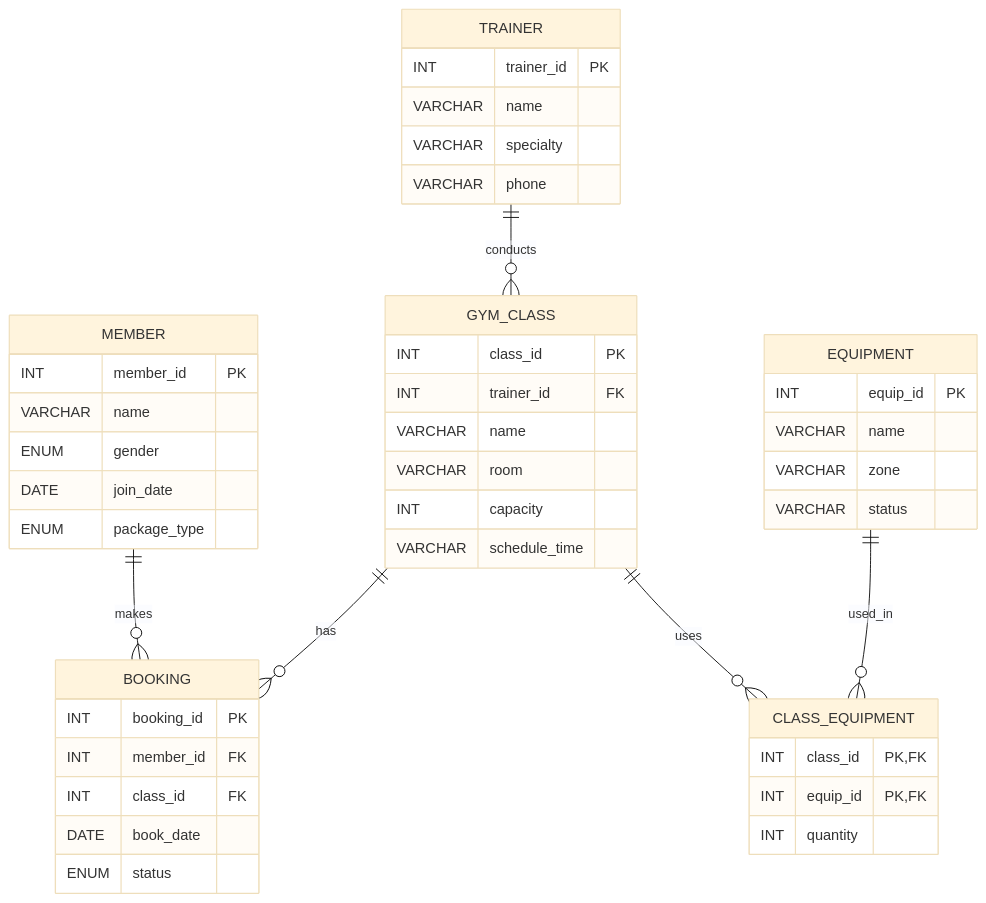
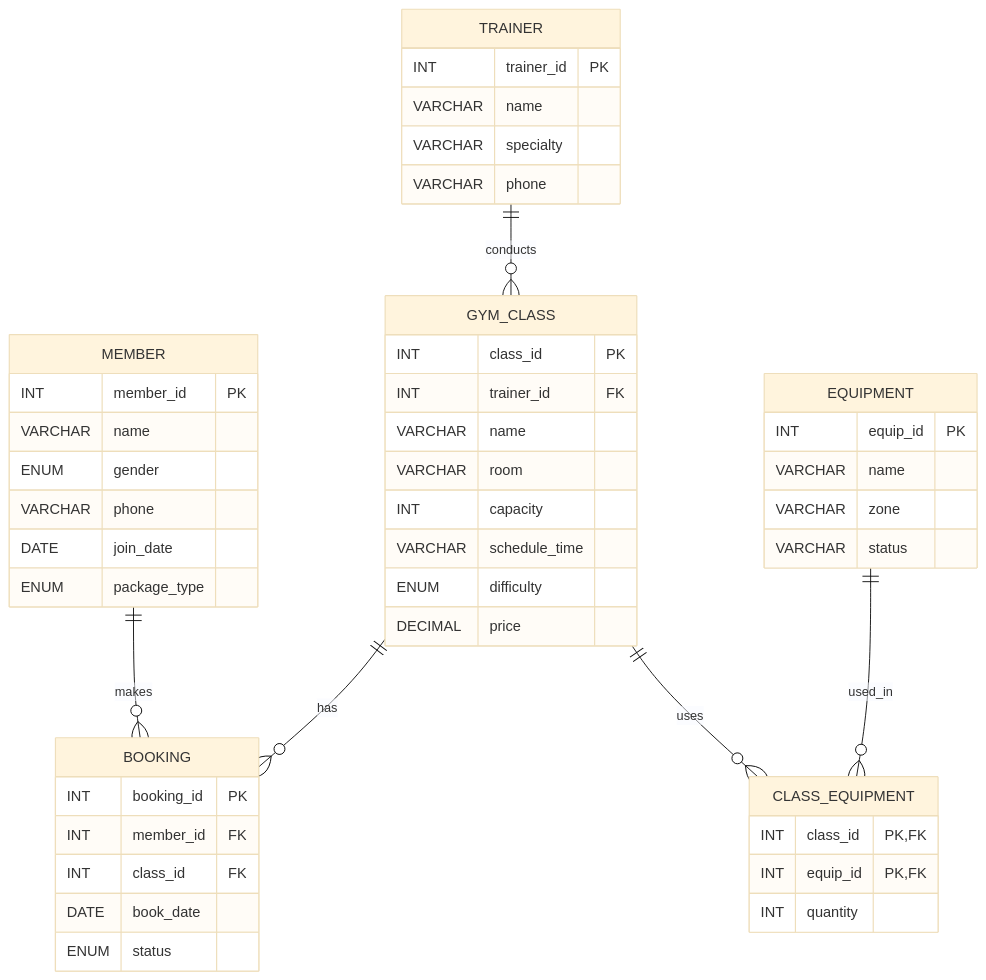
One commit to KHaw0/DB69project changed the diagram in er_diagram.md. Above: the diagram before and after it, drawn with Mermaid (base theme). The commit also changed other lines of this file and 5 other files, not shown here.

````diff
--- a/er_diagram.md
+++ b/er_diagram.md
@@ -1,53 +1,56 @@
 ```mermaid
 erDiagram
     TRAINER ||--o{ GYM_CLASS : conducts
     MEMBER ||--o{ BOOKING : makes
     GYM_CLASS ||--o{ BOOKING : has
     GYM_CLASS ||--o{ CLASS_EQUIPMENT : uses
     EQUIPMENT ||--o{ CLASS_EQUIPMENT : used_in
 
     MEMBER {
         INT member_id PK
         VARCHAR name
         ENUM gender
+        VARCHAR phone
         DATE join_date
         ENUM package_type
     }
 
     TRAINER {
         INT trainer_id PK
         VARCHAR name
         VARCHAR specialty
         VARCHAR phone
     }
 
     GYM_CLASS {
         INT class_id PK
         INT trainer_id FK
         VARCHAR name
         VARCHAR room
         INT capacity
         VARCHAR schedule_time
+        ENUM difficulty
+        DECIMAL price
     }
 
     BOOKING {
         INT booking_id PK
         INT member_id FK
         INT class_id FK
         DATE book_date
         ENUM status
     }
 
     EQUIPMENT {
         INT equip_id PK
         VARCHAR name
         VARCHAR zone
         VARCHAR status
     }
 
     CLASS_EQUIPMENT {
         INT class_id PK,FK
         INT equip_id PK,FK
         INT quantity
     }
 ```
````
